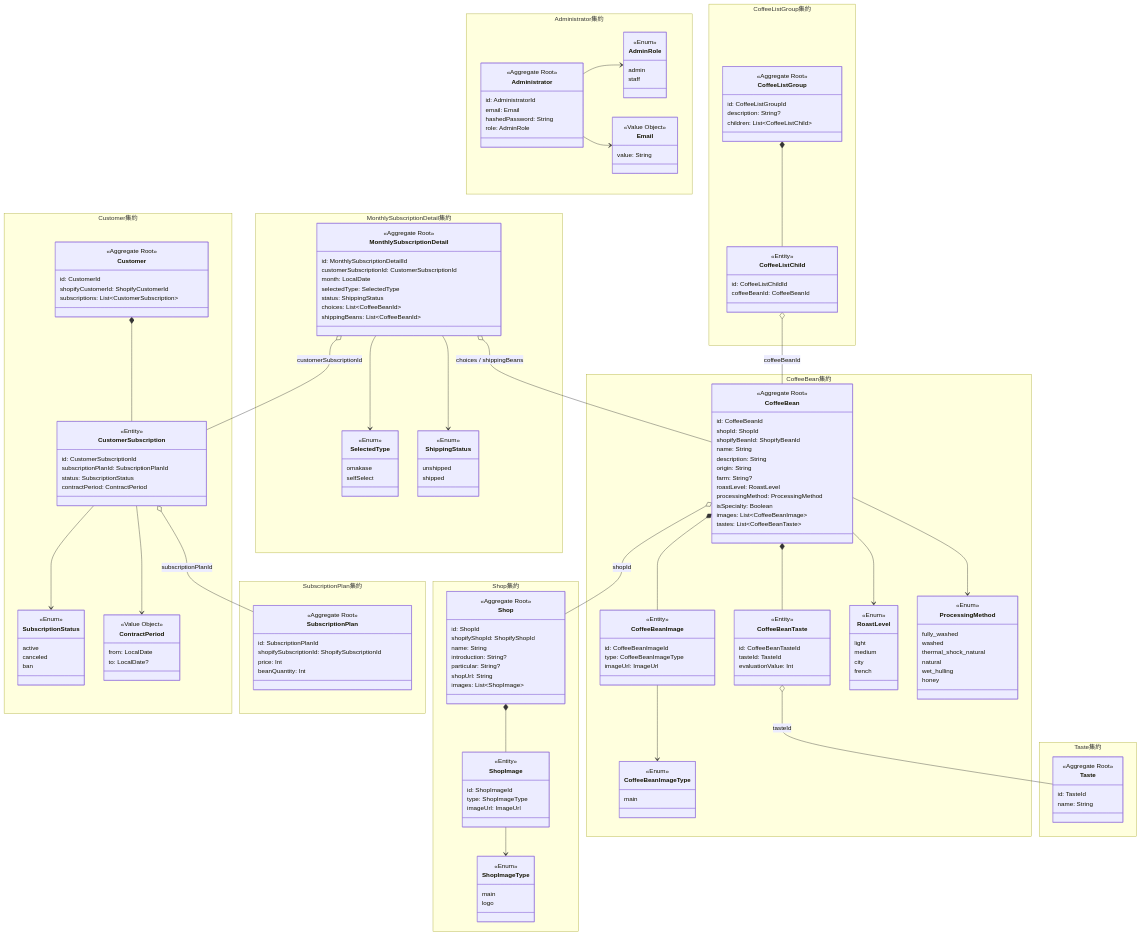
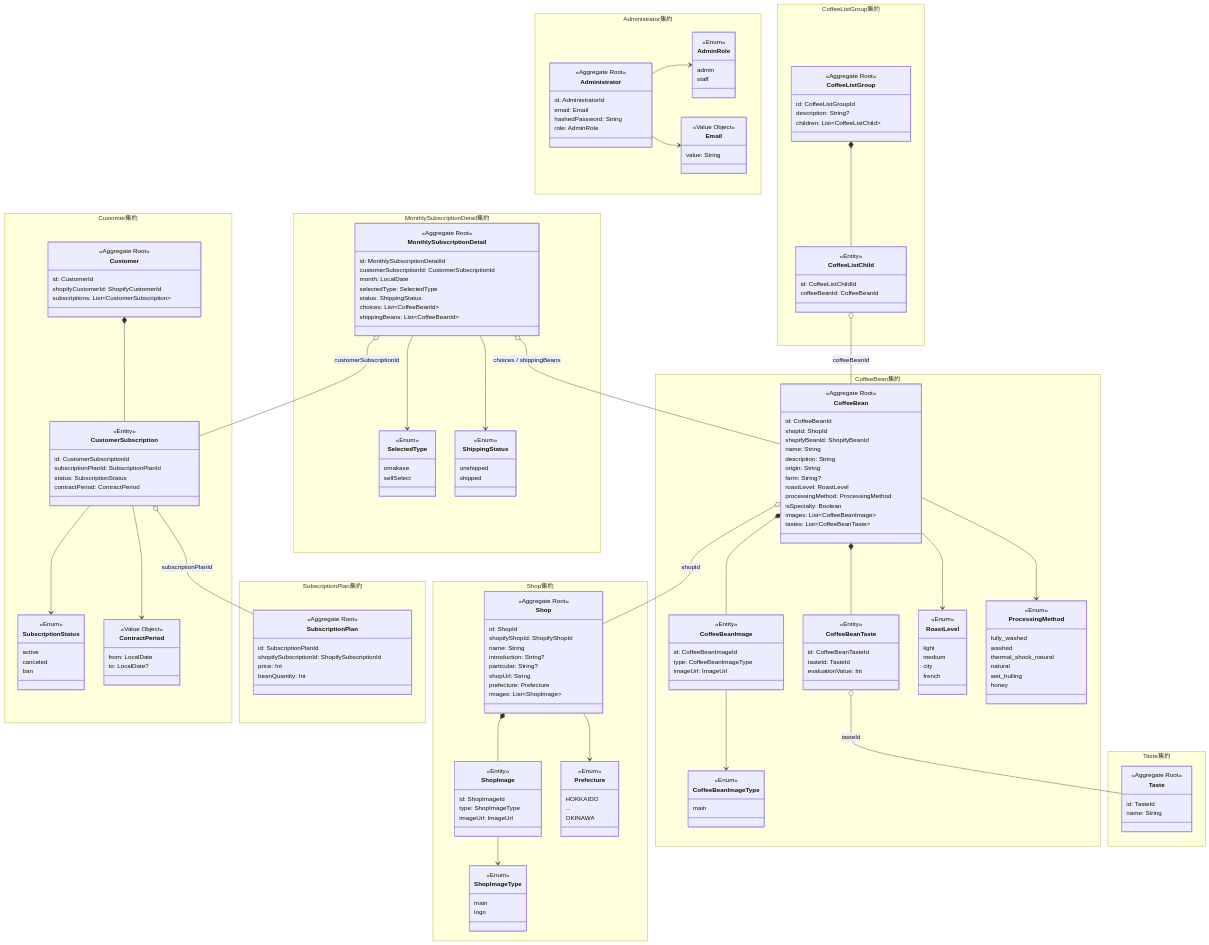
Before and after one commit to LibraryOfCoffee/libraryOfCoffee: the diagram in backend/docs/domainModel.md, drawn with Mermaid. The commit also changed 34 other files, not shown here.

```diff
--- a/backend/docs/domainModel.md
+++ b/backend/docs/domainModel.md
@@ -125,6 +125,7 @@
       introduction: String?
       particular: String?
       shopUrl: String
+      prefecture: Prefecture
       images: List~ShopImage~
     }
 
@@ -140,9 +141,17 @@
       main
       logo
     }
+
+    class Prefecture {
+      <<Enum>>
+      HOKKAIDO
+      ...
+      OKINAWA
+    }
   }
 
   Shop *-- ShopImage
+  Shop --> Prefecture
   ShopImage --> ShopImageType
 
   namespace CoffeeBean集約 {
```
